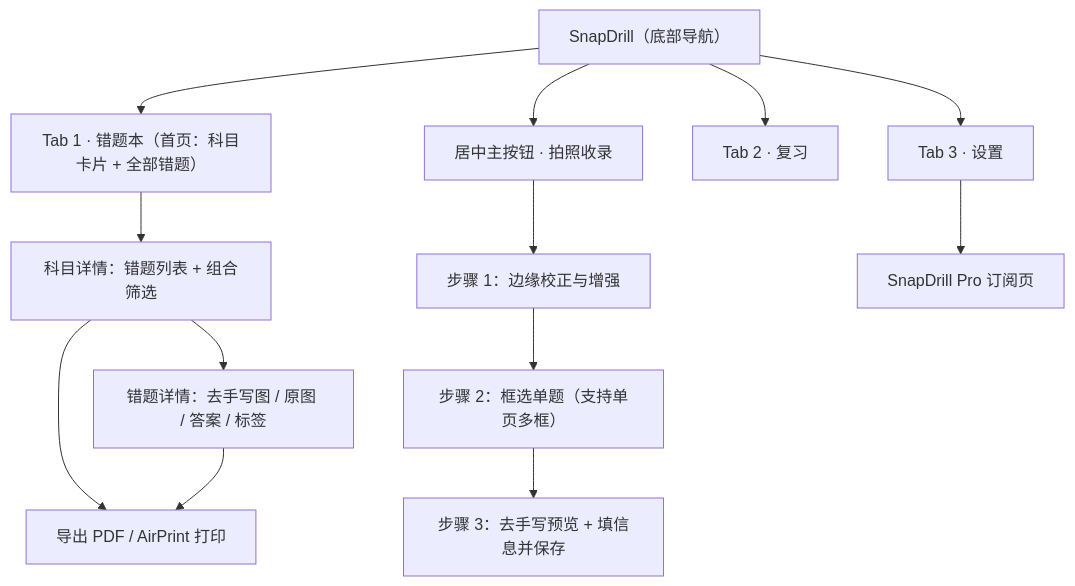
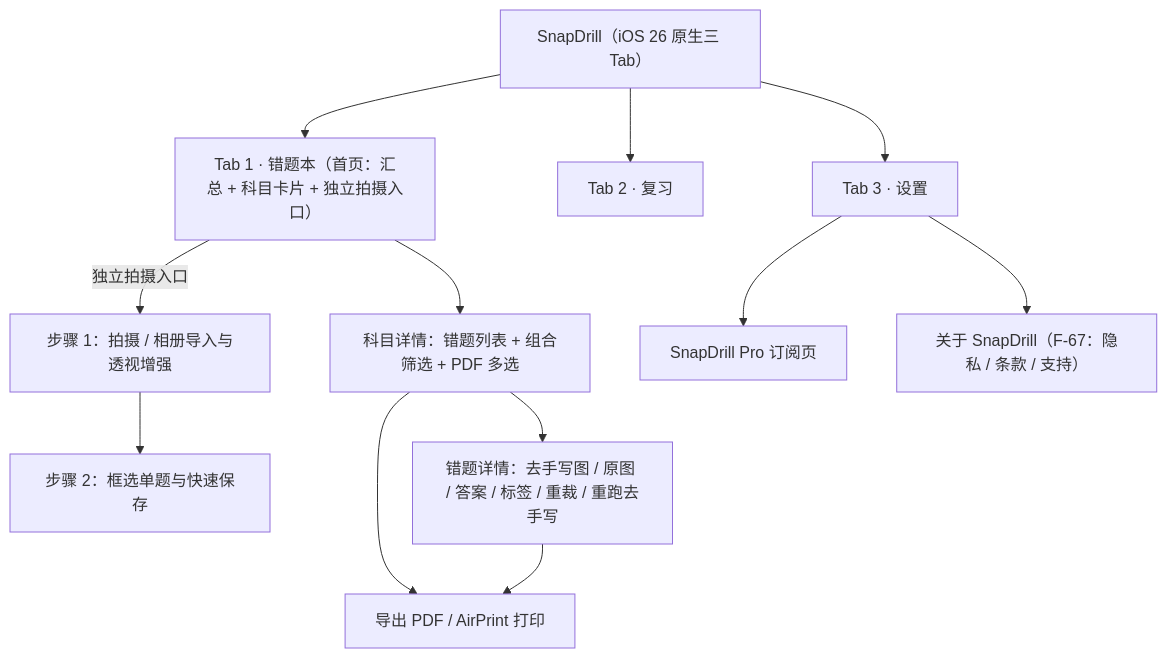
One commit to NotBad-Labs/snapdrill-ios changed the second of 3 diagrams in Docs/PRD.md. Above: the diagram before and after it, drawn with Mermaid. The commit also changed other lines of this file and 12 other files, not shown here.

````diff
--- a/Docs/PRD.md
+++ b/Docs/PRD.md
@@ -319,15 +369,14 @@
 ```mermaid
 flowchart TD
-    Root["SnapDrill（底部导航）"] --> Home["Tab 1 · 错题本（首页：科目卡片 + 全部错题）"]
-    Root --> Cam["居中主按钮 · 拍照收录"]
+    Root["SnapDrill（iOS 26 原生三 Tab）"] --> Home["Tab 1 · 错题本（首页：汇总 + 科目卡片 + 独立拍摄入口）"]
     Root --> Review["Tab 2 · 复习"]
     Root --> Me["Tab 3 · 设置"]
-    Home --> List["科目详情：错题列表 + 组合筛选"]
-    List --> Detail["错题详情：去手写图 / 原图 / 答案 / 标签"]
-    Cam --> Crop["步骤 1：边缘校正与增强"]
-    Crop --> Box["步骤 2：框选单题（支持单页多框）"]
-    Box --> Info["步骤 3：去手写预览 + 填信息并保存"]
+    Home -->|独立拍摄入口| Step1["步骤 1：拍摄 / 相册导入与透视增强"]
+    Step1 --> Step2["步骤 2：框选单题与快速保存"]
+    Home --> List["科目详情：错题列表 + 组合筛选 + PDF 多选"]
+    List --> Detail["错题详情：去手写图 / 原图 / 答案 / 标签 / 重裁 / 重跑去手写"]
     List --> Export["导出 PDF / AirPrint 打印"]
     Detail --> Export
     Me --> Pro["SnapDrill Pro 订阅页"]
+    Me --> About["关于 SnapDrill（F-67：隐私 / 条款 / 支持）"]
 ```
````
